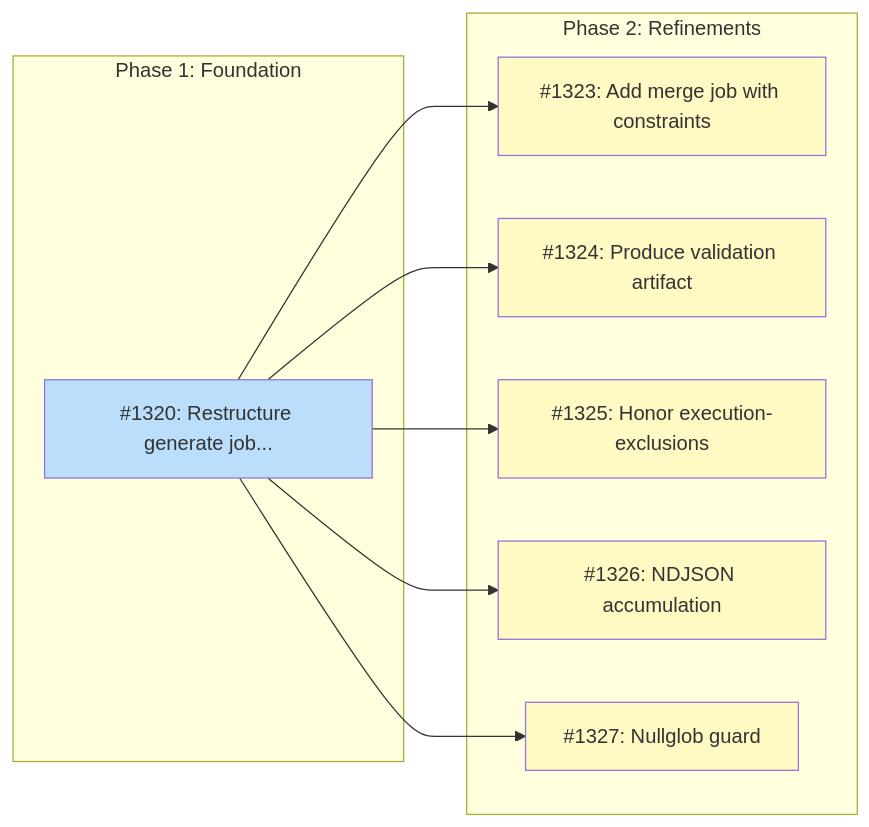
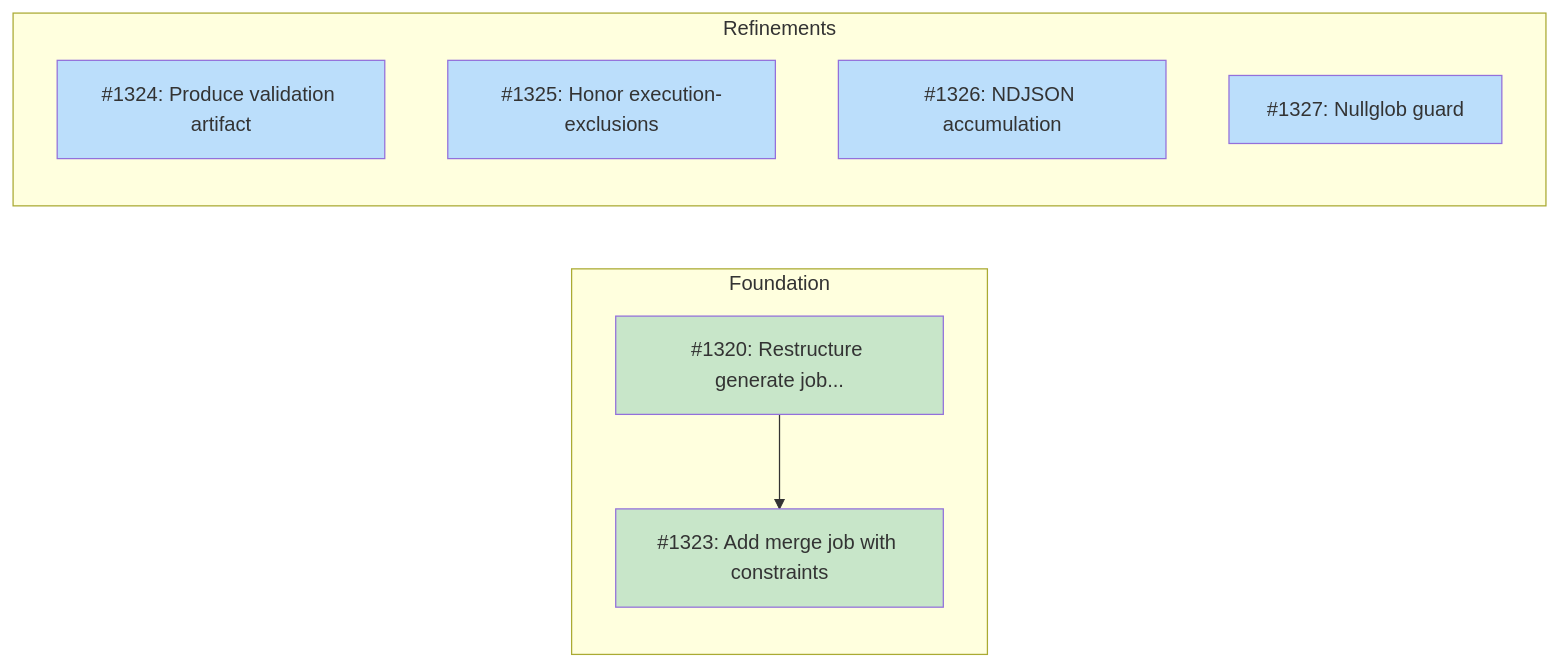
One commit to tsukumogami/tsuku changed the diagram in docs/designs/DESIGN-batch-platform-validation.md. Above: the diagram before and after it, drawn with Mermaid. The commit also changed other lines of this file and 2 other files, not shown here.

First line of the commit message:
ci(batch): add failure JSONL, skipped handling, and platform summaries to merge job (#1335)

````diff
--- a/docs/designs/DESIGN-batch-platform-validation.md
+++ b/docs/designs/DESIGN-batch-platform-validation.md
@@ -38,28 +43,24 @@
 ```mermaid
 graph LR
-    subgraph Phase1["Phase 1: Foundation"]
+    subgraph Foundation["Foundation"]
         I1320["#1320: Restructure generate job..."]
+        I1323["#1323: Add merge job with constraints"]
     end
 
-    subgraph Phase2["Phase 2: Refinements"]
-        I1323["#1323: Add merge job with constraints"]
+    subgraph Refinements["Refinements"]
         I1324["#1324: Produce validation artifact"]
         I1325["#1325: Honor execution-exclusions"]
         I1326["#1326: NDJSON accumulation"]
         I1327["#1327: Nullglob guard"]
     end
 
     I1320 --> I1323
-    I1320 --> I1324
-    I1320 --> I1325
-    I1320 --> I1326
-    I1320 --> I1327
 
     classDef done fill:#c8e6c9
     classDef ready fill:#bbdefb
     classDef blocked fill:#fff9c4
     classDef needsDesign fill:#e1bee7
 
-    class I1320 ready
-    class I1323,I1324,I1325,I1326,I1327 blocked
+    class I1320,I1323 done
+    class I1324,I1325,I1326,I1327 ready
 ```
````
